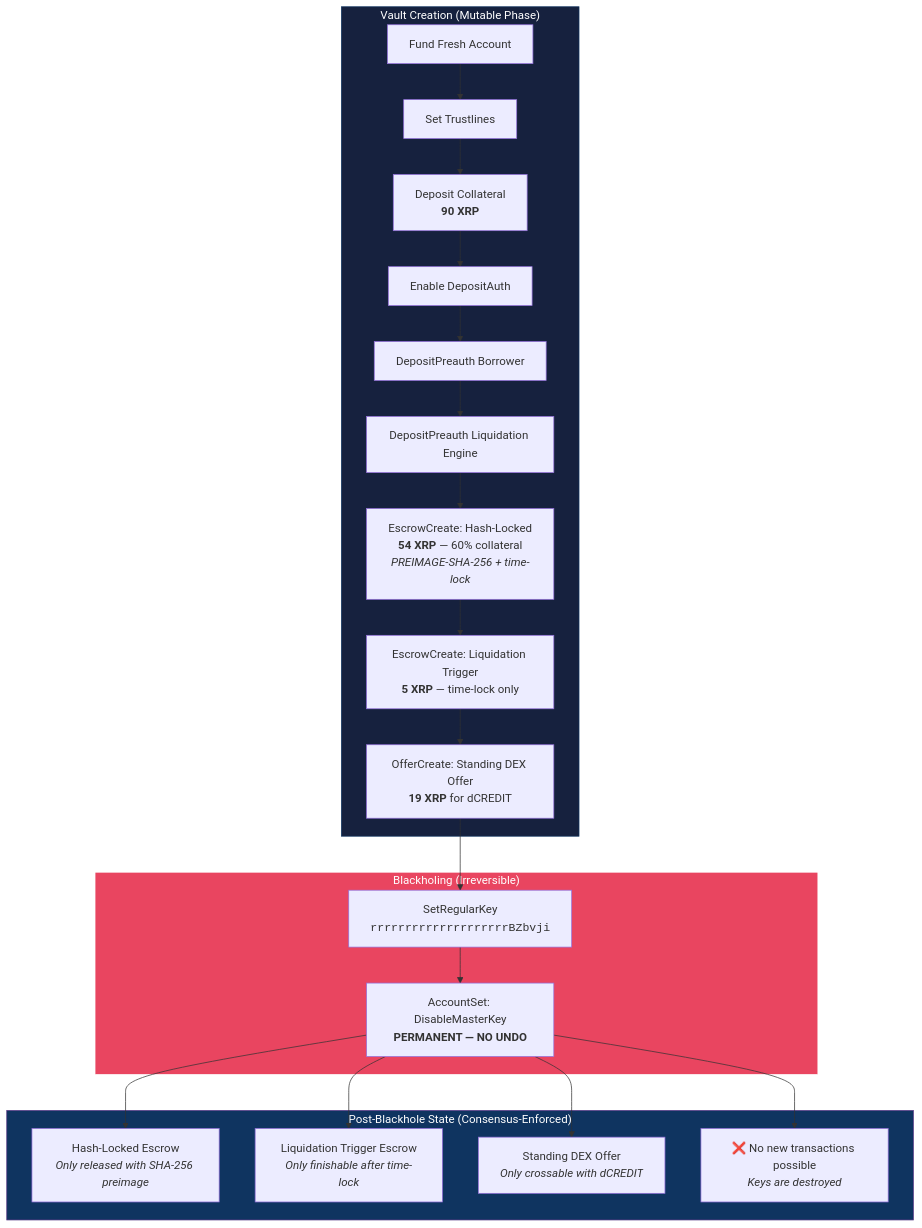
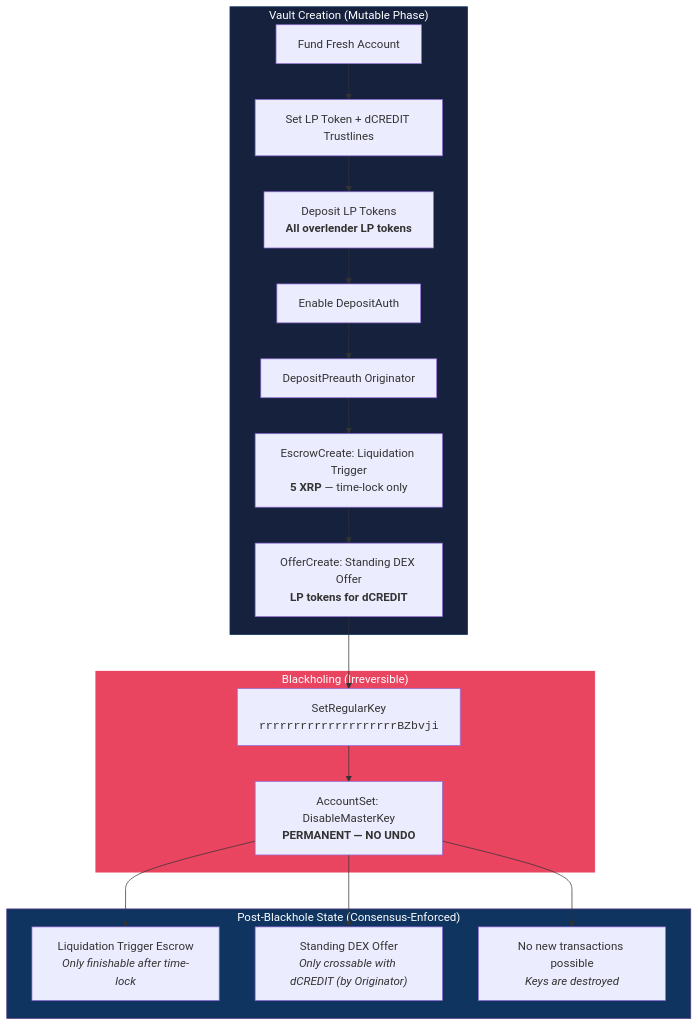
Before and after one commit to Quigles1337/DARQ-Credit-Protocol: the second of 5 diagrams in README.md, drawn with Mermaid. The commit also changed other lines of this file and 14 other files, not shown here.

First line of the commit message:
DARQ Credit Protocol v3 — AMM-Backed Overlender Architecture

````diff
--- a/README.md
+++ b/README.md
@@ -141,29 +107,26 @@
 ```mermaid
 graph TD
     subgraph CREATION["Vault Creation (Mutable Phase)"]
-        F[Fund Fresh Account] --> TL[Set Trustlines]
-        TL --> DC[Deposit Collateral<br/><b>90 XRP</b>]
+        F[Fund Fresh Account] --> TL[Set LP Token + dCREDIT Trustlines]
+        TL --> DC[Deposit LP Tokens<br/><b>All overlender LP tokens</b>]
         DC --> DA[Enable DepositAuth]
-        DA --> DP1[DepositPreauth Borrower]
-        DP1 --> DP2[DepositPreauth Liquidation Engine]
-        DP2 --> E1[EscrowCreate: Hash-Locked<br/><b>54 XRP</b> — 60% collateral<br/><i>PREIMAGE-SHA-256 + time-lock</i>]
-        E1 --> E2[EscrowCreate: Liquidation Trigger<br/><b>5 XRP</b> — time-lock only]
-        E2 --> OF[OfferCreate: Standing DEX Offer<br/><b>19 XRP</b> for dCREDIT]
+        DA --> DP[DepositPreauth Originator]
+        DP --> E1[EscrowCreate: Liquidation Trigger<br/><b>5 XRP</b> — time-lock only]
+        E1 --> OF[OfferCreate: Standing DEX Offer<br/><b>LP tokens for dCREDIT</b>]
     end
 
     subgraph BLACKHOLE["Blackholing (Irreversible)"]
         OF --> SK[SetRegularKey<br/><code>rrrrrrrrrrrrrrrrrrrrBZbvji</code>]
         SK --> DM[AccountSet: DisableMasterKey<br/><b>PERMANENT — NO UNDO</b>]
     end
 
     subgraph IMMUTABLE["Post-Blackhole State (Consensus-Enforced)"]
-        DM --> IM1["Hash-Locked Escrow<br/><i>Only released with SHA-256 preimage</i>"]
-        DM --> IM2["Liquidation Trigger Escrow<br/><i>Only finishable after time-lock</i>"]
-        DM --> IM3["Standing DEX Offer<br/><i>Only crossable with dCREDIT</i>"]
-        DM --> IM4["❌ No new transactions possible<br/><i>Keys are destroyed</i>"]
+        DM --> IM1["Liquidation Trigger Escrow<br/><i>Only finishable after time-lock</i>"]
+        DM --> IM2["Standing DEX Offer<br/><i>Only crossable with dCREDIT (by Originator)</i>"]
+        DM --> IM3["No new transactions possible<br/><i>Keys are destroyed</i>"]
     end
 
     style CREATION fill:#16213e,stroke:#0f3460,color:#fff
     style BLACKHOLE fill:#e94560,stroke:#fff,color:#fff
     style IMMUTABLE fill:#0f3460,stroke:#533483,color:#fff
 ```
````
